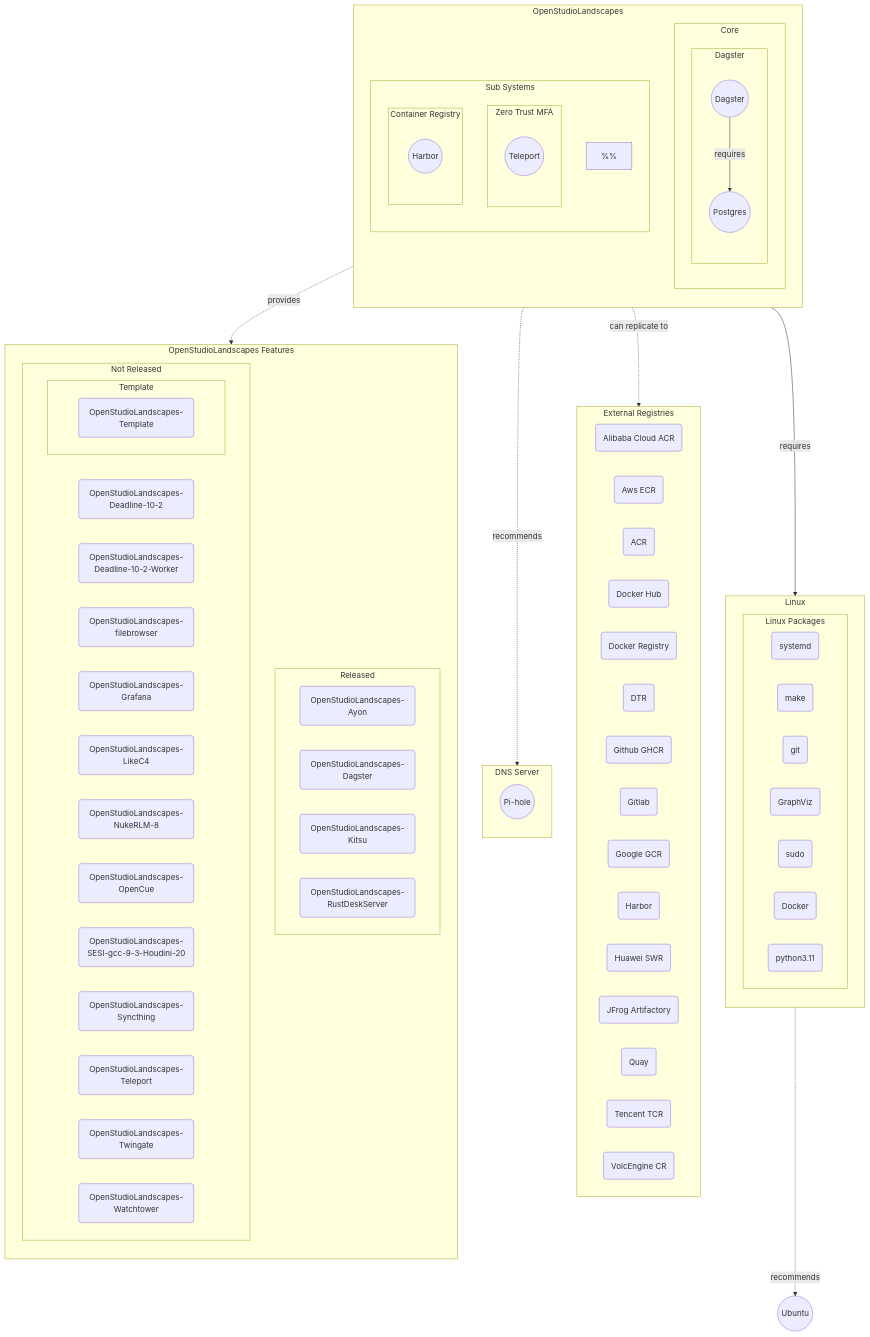
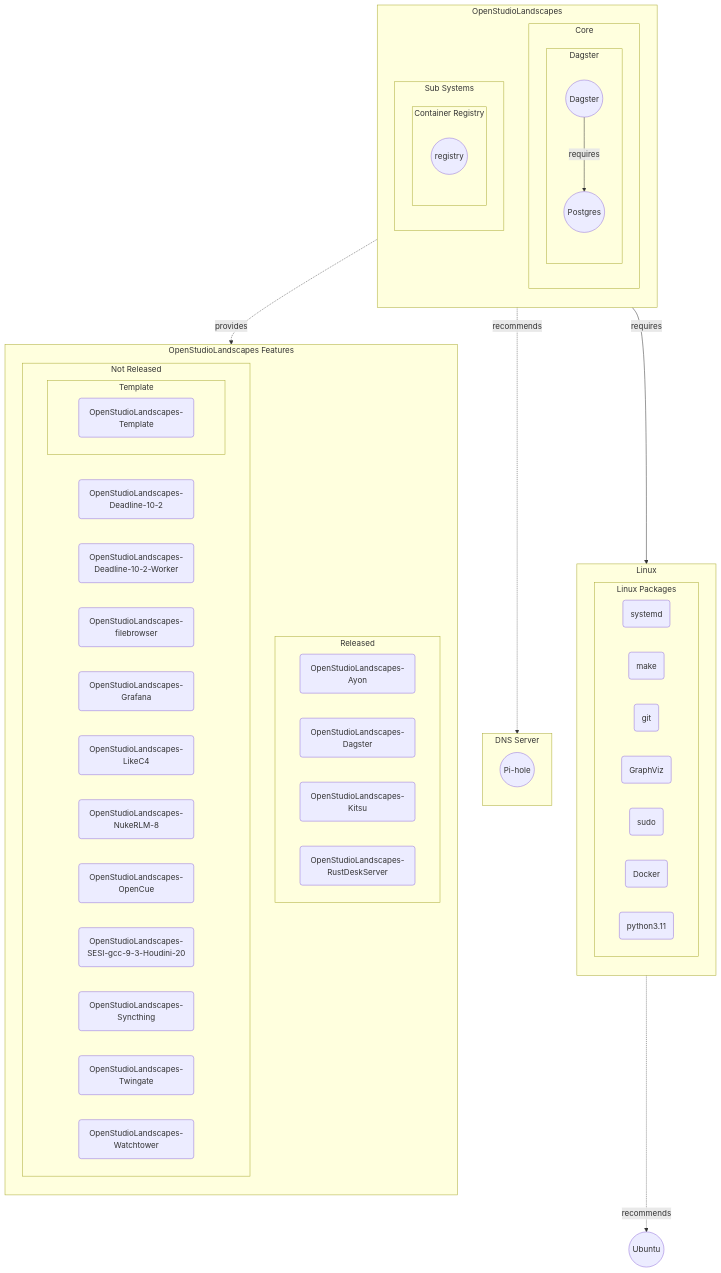
One commit to michimussato/OpenStudioLandscapes changed the diagram in wiki/dependencies.md. Above: the diagram before and after it, drawn with Mermaid. The commit also changed 3 other files, not shown here.

```diff
--- a/wiki/dependencies.md
+++ b/wiki/dependencies.md
@@ -30,26 +30,10 @@
         subgraph Sub Systems
             direction TB
 
-            subgraph zerotrustmfa[Zero Trust MFA]
-                direction TB
-                    teleport((Teleport))
-            end
-
             subgraph local-registry[Container Registry]
                 direction TB
-                    harbor((Harbor))
+                    registry((registry))
             end
-
-%%            subgraph Docker Registry
-%%                direction TB
-%%                dockerio((Docker.io))
-%%
-%%            end
-
-%%            subgraph DNS Server
-%%                direction TB
-%%                pihole((Pi-hole))
-%%            end
 
         end
 
@@ -77,25 +61,6 @@
 %%        sudo(sudo)
 %%        docker(Docker)
 %%        python(python3.11)
-    end
-
-    subgraph external-registry[External Registries]
-        direction LR
-        alibaba(Alibaba Cloud ACR)
-        aws(Aws ECR)
-        azure(ACR)
-        dockerhub(Docker Hub)
-        dockerregistry(Docker Registry)
-        dtr(DTR)
-        github(Github GHCR)
-        gitlab(Gitlab)
-        google(Google GCR)
-        harbor_(Harbor)
-        huawei(Huawei SWR)
-        jfrog(JFrog Artifactory)
-        quay(Quay)
-        tencent(Tencent TCR)
-        volcengine(VolcEngine CR)
     end
 
     subgraph dns[DNS Server]
@@ -131,7 +96,6 @@
             osl-opencue(OpenStudioLandscapes-OpenCue)
             osl-sesi-gcc-9-3-houdini-20(OpenStudioLandscapes-SESI-gcc-9-3-Houdini-20)
             osl-syncthing(OpenStudioLandscapes-Syncthing)
-            osl-teleport(OpenStudioLandscapes-Teleport)
             osl-twingate(OpenStudioLandscapes-Twingate)
             osl-watchtower(OpenStudioLandscapes-Watchtower)
 %%            osl-watchtower -- requires --> osl-kitsu
@@ -139,7 +103,6 @@
     end
 
 
-    harbor -. can replicate to .-> external-registry
 %%    OpenStudioLandscapes -. recommends .-> teleport
 %%    root -- requires --> docker
 %%    root -- requires --> python
```
